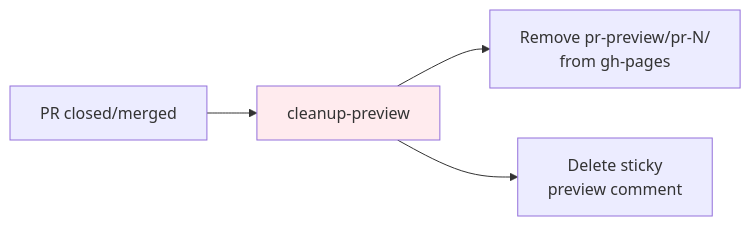
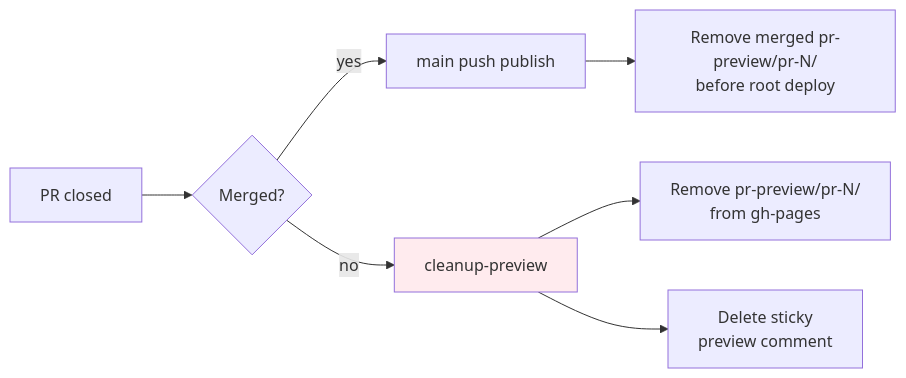
One commit to Hermione-Granger-1176/artifacts changed the second of 4 diagrams in docs/architecture.md. Above: the diagram before and after it, drawn with Mermaid. The commit also changed other lines of this file and 6 other files, not shown here.

````diff
--- a/docs/architecture.md
+++ b/docs/architecture.md
@@ -288,8 +288,11 @@
 ```mermaid
 graph LR
-    close["PR closed/merged"] --> cleanup["cleanup-preview"]
+    close["PR closed"] --> merged{"Merged?"}
+    merged -->|yes| publish["main push publish"]
+    publish --> remove_merged["Remove merged pr-preview/pr-N/<br/>before root deploy"]
+    merged -->|no| cleanup["cleanup-preview"]
     cleanup --> remove["Remove pr-preview/pr-N/<br/>from gh-pages"]
     cleanup --> delete_comment["Delete sticky<br/>preview comment"]
 
     style cleanup fill:#ffebee
 ```
````
